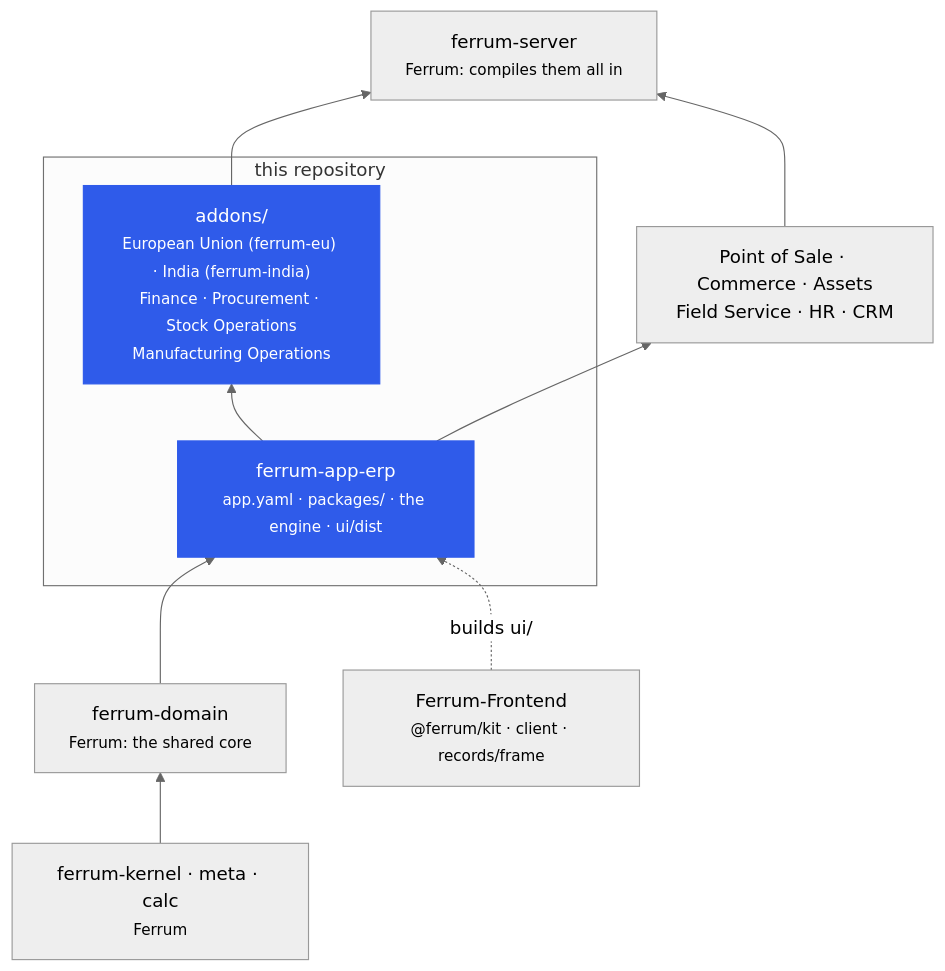
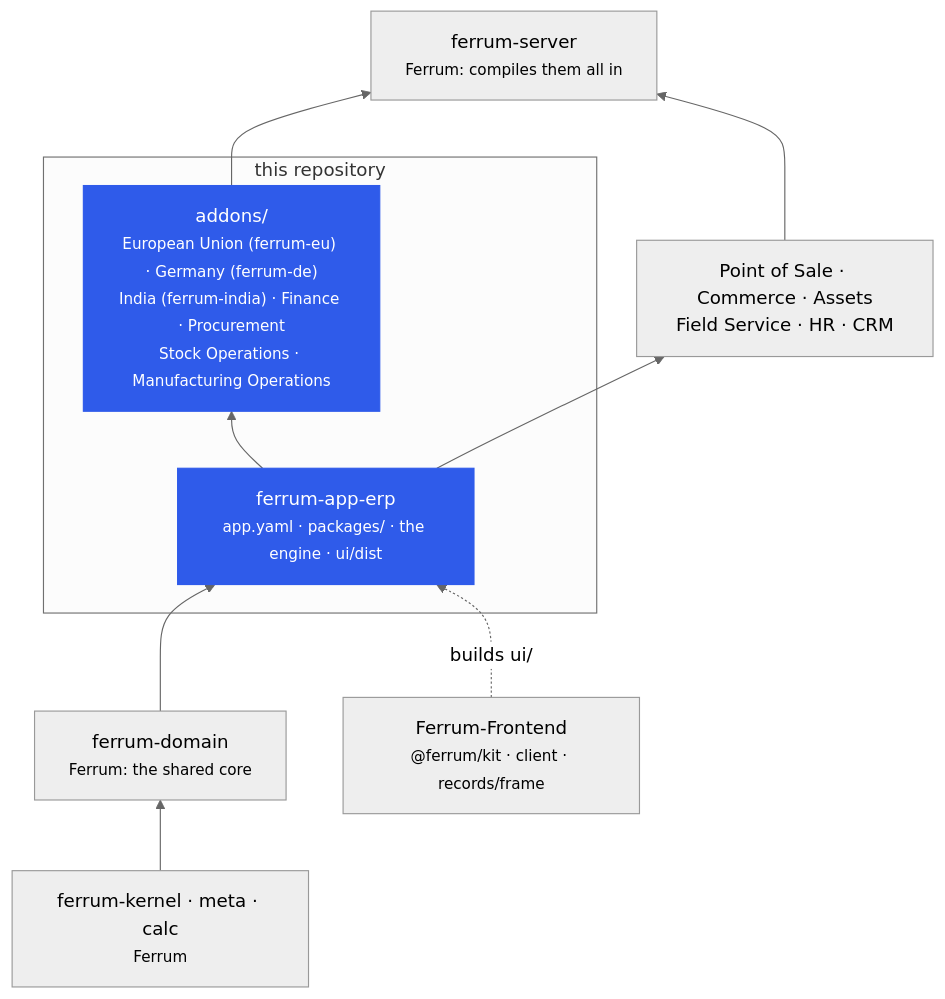
Before and after one commit to CBFerrum/ferrum-app-erp: the third of 3 diagrams in README.md, drawn with Mermaid (neutral theme). The commit also changed other lines of this file, not shown here.

Commit message:
README: Germany 0.1.0 on the European Union's add-on (XRechnung, § 19 and § 13b UStG) and the EU 0.1.1

````diff
--- a/README.md
+++ b/README.md
@@ -177,20 +181,20 @@
 ```mermaid
 flowchart BT
     KER["ferrum-kernel · meta · calc<br/><small>Ferrum</small>"]
     CORE["ferrum-domain<br/><small>Ferrum: the shared core</small>"]
     subgraph REPO["this repository"]
         APP["ferrum-app-erp<br/><small>app.yaml · packages/ · the engine · ui/dist</small>"]
-        ADD["addons/<br/><small>European Union (ferrum-eu) · India (ferrum-india)<br/>Finance · Procurement · Stock Operations<br/>Manufacturing Operations</small>"]
+        ADD["addons/<br/><small>European Union (ferrum-eu) · Germany (ferrum-de)<br/>India (ferrum-india) · Finance · Procurement<br/>Stock Operations · Manufacturing Operations</small>"]
     end
     APPS["Point of Sale · Commerce · Assets<br/>Field Service · HR · CRM"]
     SRV["ferrum-server<br/><small>Ferrum: compiles them all in</small>"]
     FE["Ferrum-Frontend<br/><small>@ferrum/kit · client · records/frame</small>"]
     KER --> CORE --> APP
     APP --> ADD
     APP --> APPS
     ADD --> SRV
     APPS --> SRV
     FE -. builds ui/ .-> APP
     classDef erp fill:#2f5bea,color:#fff,stroke:#2f5bea
     class APP,ADD erp
 ```
````
